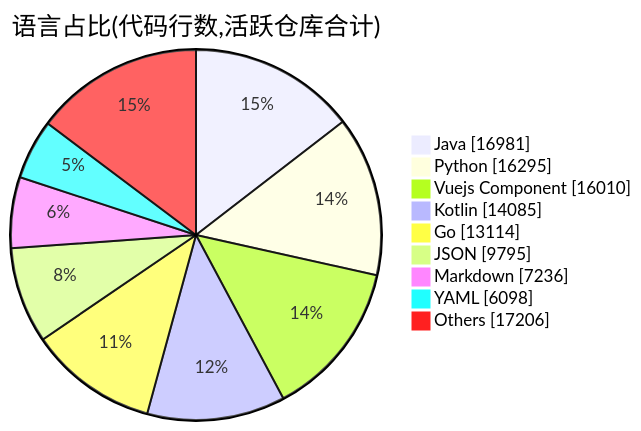
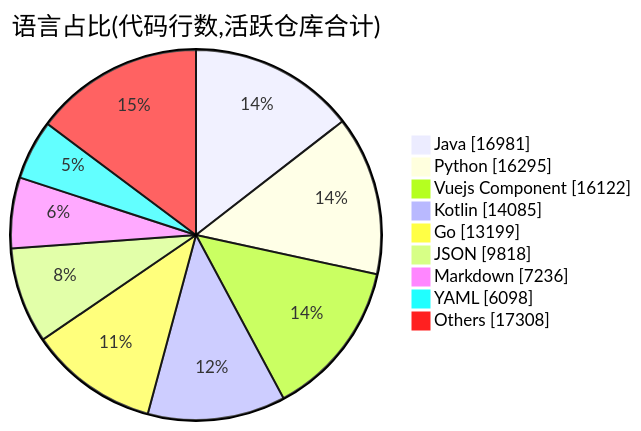
The second of 2 diagrams in profile/README.md (Conflux-Union/.github), drawn with Mermaid before and after one commit. The commit also changed other lines of this file and 1 other file, not shown here.

````diff
--- a/profile/README.md
+++ b/profile/README.md
@@ -78,13 +78,13 @@
 ```mermaid
 pie showData
     title 语言占比(代码行数,活跃仓库合计)
     "Java" : 16981
     "Python" : 16295
-    "Vuejs Component" : 16010
+    "Vuejs Component" : 16122
     "Kotlin" : 14085
-    "Go" : 13114
-    "JSON" : 9795
+    "Go" : 13199
+    "JSON" : 9818
     "Markdown" : 7236
     "YAML" : 6098
-    "Others" : 17206
+    "Others" : 17308
 ```
````
